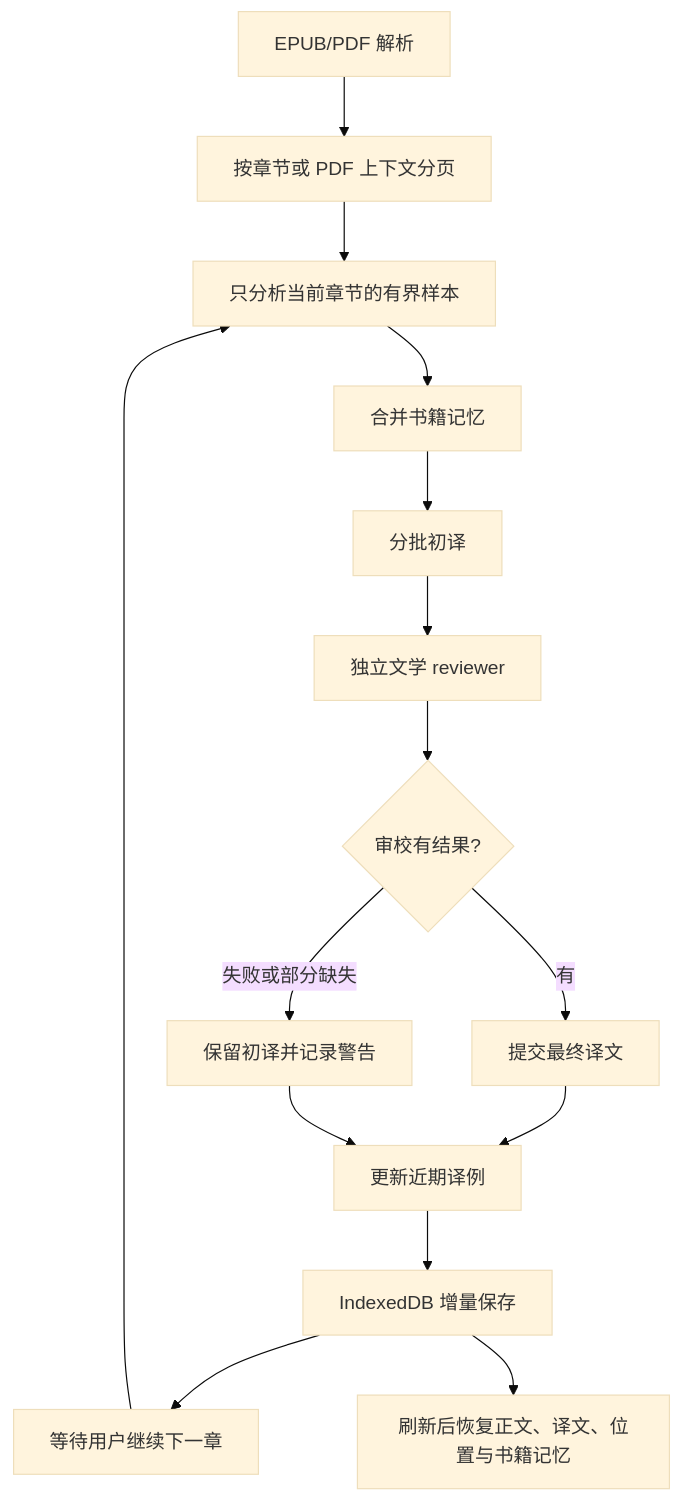
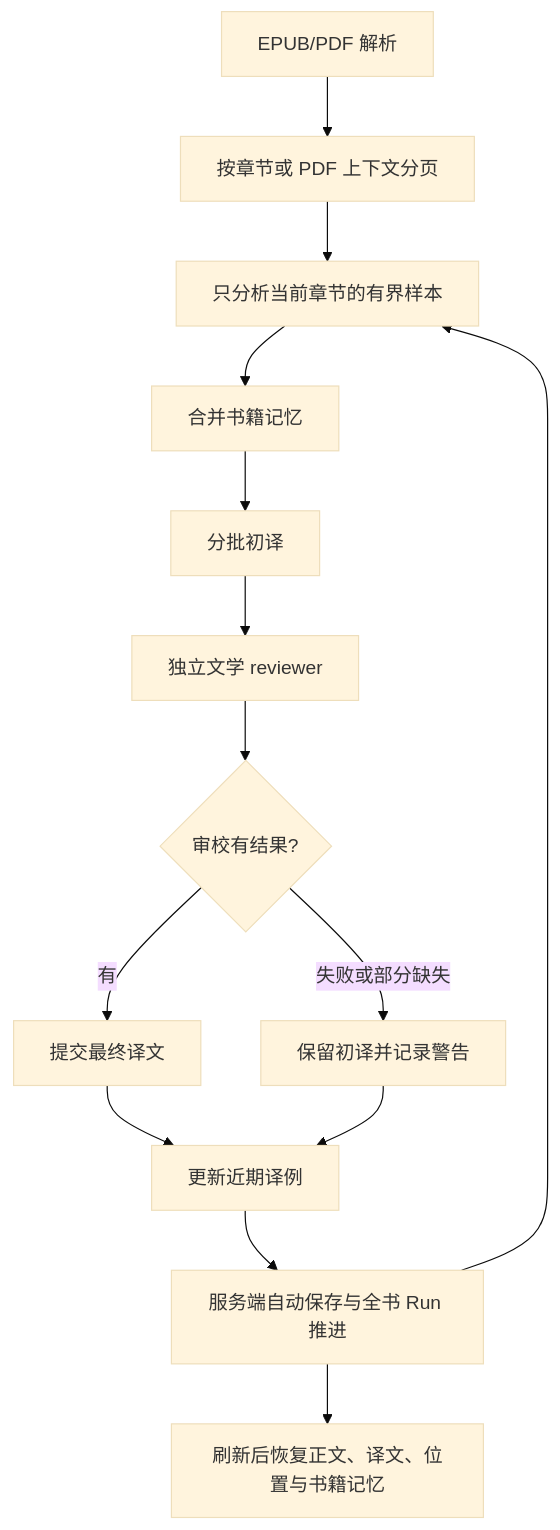
The diagram in docs/ebook-literary-translation.md (saga/fanyi-extension), drawn with Mermaid (base theme) before and after one commit. The commit also changed other lines of this file, not shown here.

````diff
--- a/docs/ebook-literary-translation.md
+++ b/docs/ebook-literary-translation.md
@@ -11,17 +11,16 @@
 ```mermaid
 flowchart TD
   A[EPUB/PDF 解析] --> B[按章节或 PDF 上下文分页]
   B --> C[只分析当前章节的有界样本]
   C --> D[合并书籍记忆]
   D --> E[分批初译]
   E --> F[独立文学 reviewer]
   F --> G{审校有结果?}
   G -->|有| H[提交最终译文]
   G -->|失败或部分缺失| I[保留初译并记录警告]
   H --> J[更新近期译例]
   I --> J
-  J --> S[IndexedDB 增量保存]
-  S --> K[等待用户继续下一章]
-  K --> C
+  J --> S[服务端自动保存与全书 Run 推进]
+  S --> C
   S --> R[刷新后恢复正文、译文、位置与书籍记忆]
 ```
````
